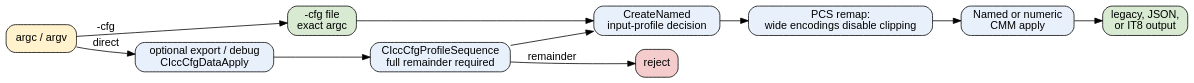
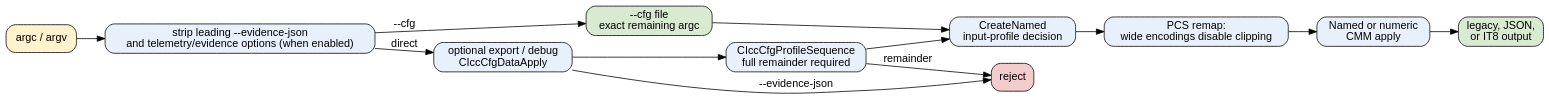
One commit to InternationalColorConsortium/iccDEV changed the diagram in docs/iccapply/diagrams/namedcmm-lane.dot. Above: the diagram before and after it, drawn with Graphviz. The commit also changed 72 other files, not shown here.

```diff
--- a/docs/iccapply/diagrams/namedcmm-lane.dot
+++ b/docs/iccapply/diagrams/namedcmm-lane.dot
@@ -1,20 +1,23 @@
 digraph namedcmm_lane {
   graph [rankdir=LR, bgcolor="transparent", fontname="Helvetica"];
   node [shape=box, style="rounded,filled", fontname="Helvetica", fillcolor="#e8f1fb"];
   edge [fontname="Helvetica"];
   entry [label="argc / argv", fillcolor="#fff2cc"];
-  cfg [label="-cfg file\nexact argc", fillcolor="#d9ead3"];
+  global [label="strip leading --evidence-json\nand telemetry/evidence options (when enabled)"];
+  cfg [label="--cfg file\nexact remaining argc", fillcolor="#d9ead3"];
   direct [label="optional export / debug\nCIccCfgDataApply"];
   profiles [label="CIccCfgProfileSequence\nfull remainder required"];
   named [label="CreateNamed\ninput-profile decision"];
   pcs [label="PCS remap:\nwide encodings disable clipping"];
   apply [label="Named or numeric\nCMM apply"];
   output [label="legacy, JSON,\nor IT8 output", fillcolor="#d9ead3"];
   reject [label="reject", fillcolor="#f4cccc"];
-  entry -> cfg [label="-cfg"];
-  entry -> direct [label="direct"];
+  entry -> global;
+  global -> cfg [label="--cfg"];
+  global -> direct [label="direct"];
+  direct -> reject [label="--evidence-json"];
   cfg -> named;
   direct -> profiles -> named;
   profiles -> reject [label="remainder"];
   named -> pcs -> apply -> output;
 }
```
